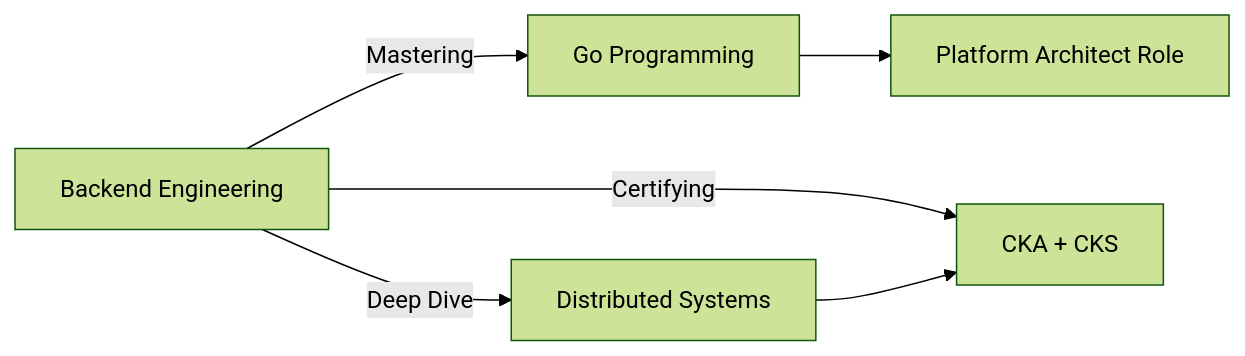
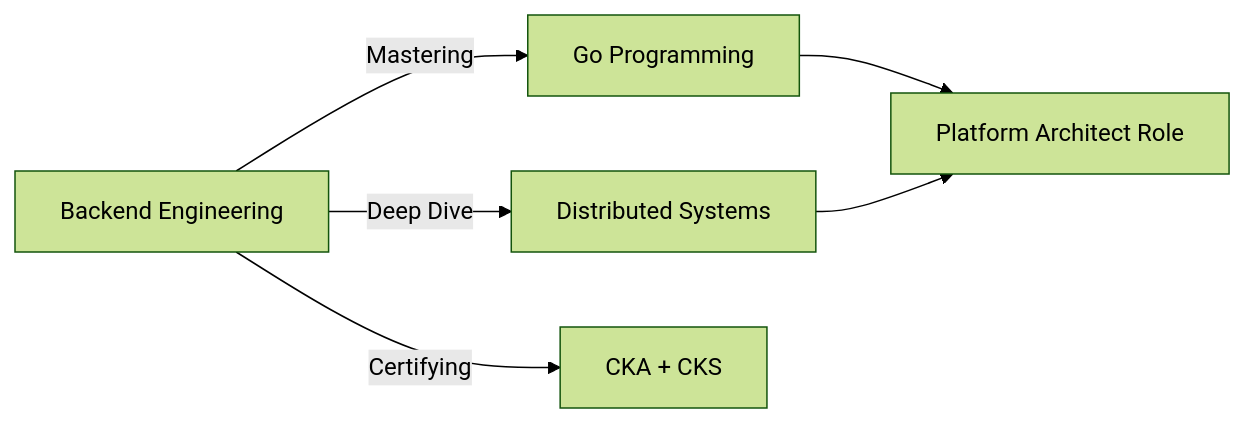
The diagram in README.md (BhargavMantha/BhargavMantha), drawn with Mermaid (forest theme) before and after one commit.

Commit message:
Update flowchart and add new project details

````diff
--- a/README.md
+++ b/README.md
@@ -86,8 +86,8 @@
 ```mermaid
 graph LR
     A[Backend Engineering] -->|Mastering| B[Go Programming]
     A -->|Deep Dive| C[Distributed Systems]
     A -->|Certifying| D[CKA + CKS]
     B --> E[Platform Architect Role]
-    C --> D
+    C --> E
 ```
````
